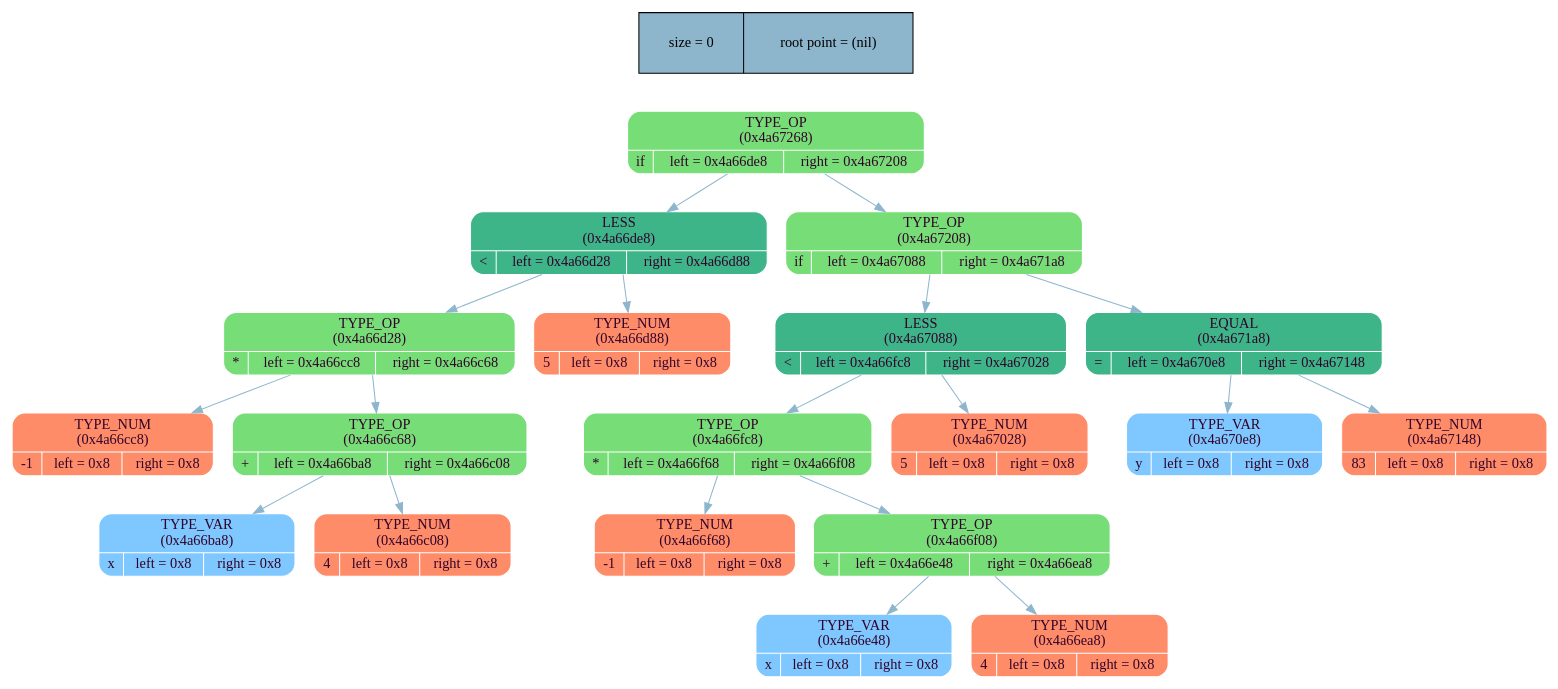
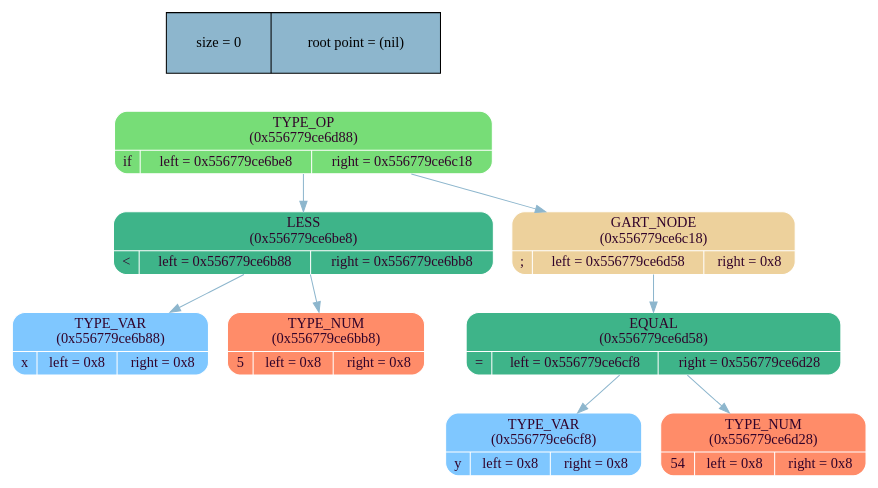
The diagram in frontend/tree/graph_lib/tree_dump.dot (MaxGroshev/language), drawn with Graphviz before and after one commit. The commit also changed 12 other files, not shown here.

```diff
--- a/frontend/tree/graph_lib/tree_dump.dot
+++ b/frontend/tree/graph_lib/tree_dump.dot
@@ -1,46 +1,24 @@
 digraph   
 {
 rankdir = ""
 splines = "true"
 
 node_stat [margin = "0.3*0.3", style = "filled", shape = "record", fillcolor = "#8DB6CD" label = " size = 0 | root point = (nil)"]
 {rank = source; node_stat}
 
-node0x4a67268 [shape = "Mrecord", fillcolor = "#77DD77", style = "filled", fontcolor = "#31032A", fontname = "Calibri", color = "white", label = "{TYPE_OP\n (0x4a67268)| {if |left = 0x4a66de8 |right = 0x4a67208}}"]
-node0x4a67268 -> node0x4a66de8 [color = "#8DB6CD", style = "", constraint = true, fillcolor = "#8DB6CD",   fontcolor = "", fontname = "Calibri", label = ""];
-node0x4a66de8 [shape = "Mrecord", fillcolor = "#3EB489", style = "filled", fontcolor = "#31032A", fontname = "Calibri", color = "white", label = "{LESS\n (0x4a66de8)| {\< |left = 0x4a66d28 |right = 0x4a66d88}}"]
-node0x4a66de8 -> node0x4a66d28 [color = "#8DB6CD", style = "", constraint = true, fillcolor = "#8DB6CD",   fontcolor = "", fontname = "Calibri", label = ""];
-node0x4a66d28 [shape = "Mrecord", fillcolor = "#77DD77", style = "filled", fontcolor = "#31032A", fontname = "Calibri", color = "white", label = "{TYPE_OP\n (0x4a66d28)| {* |left = 0x4a66cc8 |right = 0x4a66c68}}"]
-node0x4a66d28 -> node0x4a66cc8 [color = "#8DB6CD", style = "", constraint = true, fillcolor = "#8DB6CD",   fontcolor = "", fontname = "Calibri", label = ""];
-node0x4a66cc8 [shape = "Mrecord", fillcolor = "#FF8C69", style = "filled", fontcolor = "#31032A", fontname = "Calibri", color = "white", label = "{TYPE_NUM\n (0x4a66cc8)| {-1 |left = 0x8 |right = 0x8}}"]
-node0x4a66d28 -> node0x4a66c68 [color = "#8DB6CD", style = "", constraint = true, fillcolor = "#8DB6CD",   fontcolor = "", fontname = "Calibri", label = ""];
-node0x4a66c68 [shape = "Mrecord", fillcolor = "#77DD77", style = "filled", fontcolor = "#31032A", fontname = "Calibri", color = "white", label = "{TYPE_OP\n (0x4a66c68)| {+ |left = 0x4a66ba8 |right = 0x4a66c08}}"]
-node0x4a66c68 -> node0x4a66ba8 [color = "#8DB6CD", style = "", constraint = true, fillcolor = "#8DB6CD",   fontcolor = "", fontname = "Calibri", label = ""];
-node0x4a66ba8 [shape = "Mrecord", fillcolor = "#7FC7FF", style = "filled", fontcolor = "#31032A", fontname = "Calibri", color = "white", label = "{TYPE_VAR\n (0x4a66ba8)| {x |left = 0x8 |right = 0x8}}"]
-node0x4a66c68 -> node0x4a66c08 [color = "#8DB6CD", style = "", constraint = true, fillcolor = "#8DB6CD",   fontcolor = "", fontname = "Calibri", label = ""];
-node0x4a66c08 [shape = "Mrecord", fillcolor = "#FF8C69", style = "filled", fontcolor = "#31032A", fontname = "Calibri", color = "white", label = "{TYPE_NUM\n (0x4a66c08)| {4 |left = 0x8 |right = 0x8}}"]
-node0x4a66de8 -> node0x4a66d88 [color = "#8DB6CD", style = "", constraint = true, fillcolor = "#8DB6CD",   fontcolor = "", fontname = "Calibri", label = ""];
-node0x4a66d88 [shape = "Mrecord", fillcolor = "#FF8C69", style = "filled", fontcolor = "#31032A", fontname = "Calibri", color = "white", label = "{TYPE_NUM\n (0x4a66d88)| {5 |left = 0x8 |right = 0x8}}"]
-node0x4a67268 -> node0x4a67208 [color = "#8DB6CD", style = "", constraint = true, fillcolor = "#8DB6CD",   fontcolor = "", fontname = "Calibri", label = ""];
-node0x4a67208 [shape = "Mrecord", fillcolor = "#77DD77", style = "filled", fontcolor = "#31032A", fontname = "Calibri", color = "white", label = "{TYPE_OP\n (0x4a67208)| {if |left = 0x4a67088 |right = 0x4a671a8}}"]
-node0x4a67208 -> node0x4a67088 [color = "#8DB6CD", style = "", constraint = true, fillcolor = "#8DB6CD",   fontcolor = "", fontname = "Calibri", label = ""];
-node0x4a67088 [shape = "Mrecord", fillcolor = "#3EB489", style = "filled", fontcolor = "#31032A", fontname = "Calibri", color = "white", label = "{LESS\n (0x4a67088)| {\< |left = 0x4a66fc8 |right = 0x4a67028}}"]
-node0x4a67088 -> node0x4a66fc8 [color = "#8DB6CD", style = "", constraint = true, fillcolor = "#8DB6CD",   fontcolor = "", fontname = "Calibri", label = ""];
-node0x4a66fc8 [shape = "Mrecord", fillcolor = "#77DD77", style = "filled", fontcolor = "#31032A", fontname = "Calibri", color = "white", label = "{TYPE_OP\n (0x4a66fc8)| {* |left = 0x4a66f68 |right = 0x4a66f08}}"]
-node0x4a66fc8 -> node0x4a66f68 [color = "#8DB6CD", style = "", constraint = true, fillcolor = "#8DB6CD",   fontcolor = "", fontname = "Calibri", label = ""];
-node0x4a66f68 [shape = "Mrecord", fillcolor = "#FF8C69", style = "filled", fontcolor = "#31032A", fontname = "Calibri", color = "white", label = "{TYPE_NUM\n (0x4a66f68)| {-1 |left = 0x8 |right = 0x8}}"]
-node0x4a66fc8 -> node0x4a66f08 [color = "#8DB6CD", style = "", constraint = true, fillcolor = "#8DB6CD",   fontcolor = "", fontname = "Calibri", label = ""];
-node0x4a66f08 [shape = "Mrecord", fillcolor = "#77DD77", style = "filled", fontcolor = "#31032A", fontname = "Calibri", color = "white", label = "{TYPE_OP\n (0x4a66f08)| {+ |left = 0x4a66e48 |right = 0x4a66ea8}}"]
-node0x4a66f08 -> node0x4a66e48 [color = "#8DB6CD", style = "", constraint = true, fillcolor = "#8DB6CD",   fontcolor = "", fontname = "Calibri", label = ""];
-node0x4a66e48 [shape = "Mrecord", fillcolor = "#7FC7FF", style = "filled", fontcolor = "#31032A", fontname = "Calibri", color = "white", label = "{TYPE_VAR\n (0x4a66e48)| {x |left = 0x8 |right = 0x8}}"]
-node0x4a66f08 -> node0x4a66ea8 [color = "#8DB6CD", style = "", constraint = true, fillcolor = "#8DB6CD",   fontcolor = "", fontname = "Calibri", label = ""];
-node0x4a66ea8 [shape = "Mrecord", fillcolor = "#FF8C69", style = "filled", fontcolor = "#31032A", fontname = "Calibri", color = "white", label = "{TYPE_NUM\n (0x4a66ea8)| {4 |left = 0x8 |right = 0x8}}"]
-node0x4a67088 -> node0x4a67028 [color = "#8DB6CD", style = "", constraint = true, fillcolor = "#8DB6CD",   fontcolor = "", fontname = "Calibri", label = ""];
-node0x4a67028 [shape = "Mrecord", fillcolor = "#FF8C69", style = "filled", fontcolor = "#31032A", fontname = "Calibri", color = "white", label = "{TYPE_NUM\n (0x4a67028)| {5 |left = 0x8 |right = 0x8}}"]
-node0x4a67208 -> node0x4a671a8 [color = "#8DB6CD", style = "", constraint = true, fillcolor = "#8DB6CD",   fontcolor = "", fontname = "Calibri", label = ""];
-node0x4a671a8 [shape = "Mrecord", fillcolor = "#3EB489", style = "filled", fontcolor = "#31032A", fontname = "Calibri", color = "white", label = "{EQUAL\n (0x4a671a8)| {= |left = 0x4a670e8 |right = 0x4a67148}}"]
-node0x4a671a8 -> node0x4a670e8 [color = "#8DB6CD", style = "", constraint = true, fillcolor = "#8DB6CD",   fontcolor = "", fontname = "Calibri", label = ""];
-node0x4a670e8 [shape = "Mrecord", fillcolor = "#7FC7FF", style = "filled", fontcolor = "#31032A", fontname = "Calibri", color = "white", label = "{TYPE_VAR\n (0x4a670e8)| {y |left = 0x8 |right = 0x8}}"]
-node0x4a671a8 -> node0x4a67148 [color = "#8DB6CD", style = "", constraint = true, fillcolor = "#8DB6CD",   fontcolor = "", fontname = "Calibri", label = ""];
-node0x4a67148 [shape = "Mrecord", fillcolor = "#FF8C69", style = "filled", fontcolor = "#31032A", fontname = "Calibri", color = "white", label = "{TYPE_NUM\n (0x4a67148)| {83 |left = 0x8 |right = 0x8}}"]
+node0x556779ce6d88 [shape = "Mrecord", fillcolor = "#77DD77", style = "filled", fontcolor = "#31032A", fontname = "Calibri", color = "white", label = "{TYPE_OP\n (0x556779ce6d88)| {if |left = 0x556779ce6be8 |right = 0x556779ce6c18}}"]
+node0x556779ce6d88 -> node0x556779ce6be8 [color = "#8DB6CD", style = "", constraint = true, fillcolor = "#8DB6CD",   fontcolor = "", fontname = "Calibri", label = ""];
+node0x556779ce6be8 [shape = "Mrecord", fillcolor = "#3EB489", style = "filled", fontcolor = "#31032A", fontname = "Calibri", color = "white", label = "{LESS\n (0x556779ce6be8)| {\< |left = 0x556779ce6b88 |right = 0x556779ce6bb8}}"]
+node0x556779ce6be8 -> node0x556779ce6b88 [color = "#8DB6CD", style = "", constraint = true, fillcolor = "#8DB6CD",   fontcolor = "", fontname = "Calibri", label = ""];
+node0x556779ce6b88 [shape = "Mrecord", fillcolor = "#7FC7FF", style = "filled", fontcolor = "#31032A", fontname = "Calibri", color = "white", label = "{TYPE_VAR\n (0x556779ce6b88)| {x |left = 0x8 |right = 0x8}}"]
+node0x556779ce6be8 -> node0x556779ce6bb8 [color = "#8DB6CD", style = "", constraint = true, fillcolor = "#8DB6CD",   fontcolor = "", fontname = "Calibri", label = ""];
+node0x556779ce6bb8 [shape = "Mrecord", fillcolor = "#FF8C69", style = "filled", fontcolor = "#31032A", fontname = "Calibri", color = "white", label = "{TYPE_NUM\n (0x556779ce6bb8)| {5 |left = 0x8 |right = 0x8}}"]
+node0x556779ce6d88 -> node0x556779ce6c18 [color = "#8DB6CD", style = "", constraint = true, fillcolor = "#8DB6CD",   fontcolor = "", fontname = "Calibri", label = ""];
+node0x556779ce6c18 [shape = "Mrecord", fillcolor = "#EDD19C", style = "filled", fontcolor = "#31032A", fontname = "Calibri", color = "white", label = "{GART_NODE\n (0x556779ce6c18)| {; |left = 0x556779ce6d58 |right = 0x8}}"]
+node0x556779ce6c18 -> node0x556779ce6d58 [color = "#8DB6CD", style = "", constraint = true, fillcolor = "#8DB6CD",   fontcolor = "", fontname = "Calibri", label = ""];
+node0x556779ce6d58 [shape = "Mrecord", fillcolor = "#3EB489", style = "filled", fontcolor = "#31032A", fontname = "Calibri", color = "white", label = "{EQUAL\n (0x556779ce6d58)| {= |left = 0x556779ce6cf8 |right = 0x556779ce6d28}}"]
+node0x556779ce6d58 -> node0x556779ce6cf8 [color = "#8DB6CD", style = "", constraint = true, fillcolor = "#8DB6CD",   fontcolor = "", fontname = "Calibri", label = ""];
+node0x556779ce6cf8 [shape = "Mrecord", fillcolor = "#7FC7FF", style = "filled", fontcolor = "#31032A", fontname = "Calibri", color = "white", label = "{TYPE_VAR\n (0x556779ce6cf8)| {y |left = 0x8 |right = 0x8}}"]
+node0x556779ce6d58 -> node0x556779ce6d28 [color = "#8DB6CD", style = "", constraint = true, fillcolor = "#8DB6CD",   fontcolor = "", fontname = "Calibri", label = ""];
+node0x556779ce6d28 [shape = "Mrecord", fillcolor = "#FF8C69", style = "filled", fontcolor = "#31032A", fontname = "Calibri", color = "white", label = "{TYPE_NUM\n (0x556779ce6d28)| {54 |left = 0x8 |right = 0x8}}"]
 }
```
